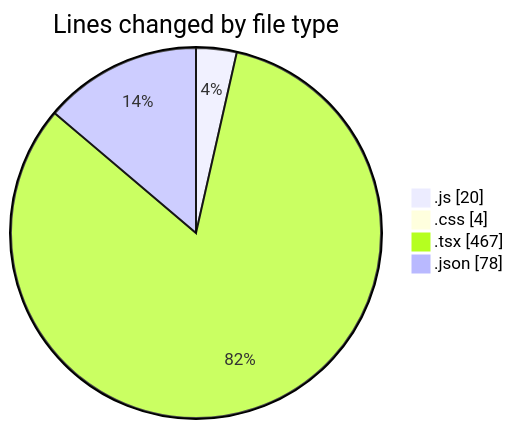
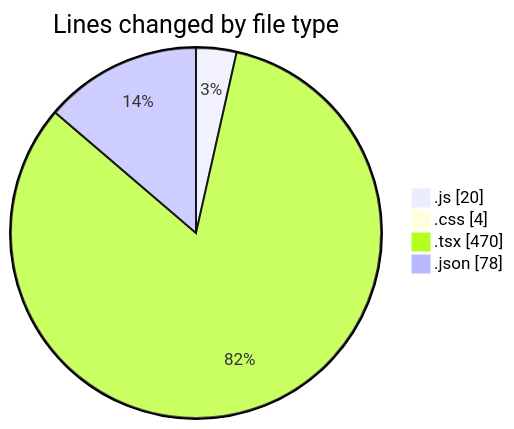
Before and after one commit to Ritupan-Deka/code-tracking: the first of 2 diagrams in 2025-06-19/scopecraft/README.md, drawn with Mermaid. The commit also changed other lines of this file and 1 other file, not shown here.

````diff
--- a/2025-06-19/scopecraft/README.md
+++ b/2025-06-19/scopecraft/README.md
@@ -33,8 +33,8 @@
 ```mermaid
 pie showData
 title Lines changed by file type
 ".js" : 20
 ".css" : 4
-".tsx" : 467
+".tsx" : 470
 ".json" : 78
 ```
````
